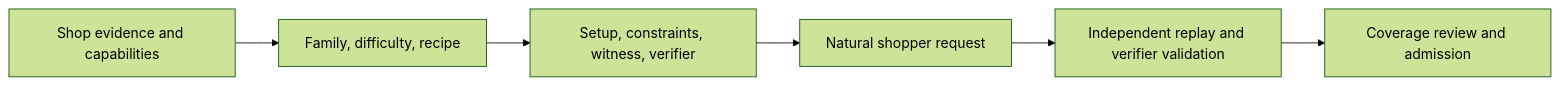
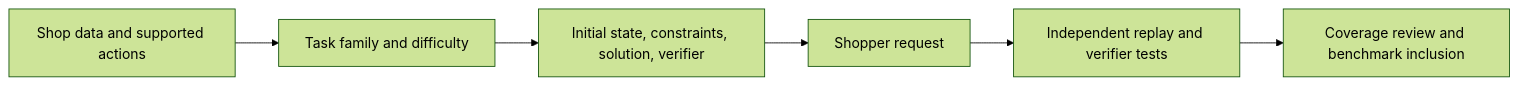
Before and after one commit to agentic-foundation-modeling-research/shop-gym: the diagram in docs/specs/shop_guru/task_generation_proposal.md, drawn with Mermaid (forest theme). The commit also changed other lines of this file, not shown here.

Commit message:
docs: clarify task proposal language and design rationale

````diff
--- a/docs/specs/shop_guru/task_generation_proposal.md
+++ b/docs/specs/shop_guru/task_generation_proposal.md
@@ -148,8 +164,8 @@
 ```mermaid
 flowchart LR
-    A[Shop evidence and capabilities] --> B[Family, difficulty, recipe]
-    B --> C[Setup, constraints, witness, verifier]
-    C --> D[Natural shopper request]
-    D --> E[Independent replay and verifier validation]
-    E --> F[Coverage review and admission]
+    A[Shop data and supported actions] --> B[Task family and difficulty]
+    B --> C[Initial state, constraints, solution, verifier]
+    C --> D[Shopper request]
+    D --> E[Independent replay and verifier tests]
+    E --> F[Coverage review and benchmark inclusion]
 ```
````
